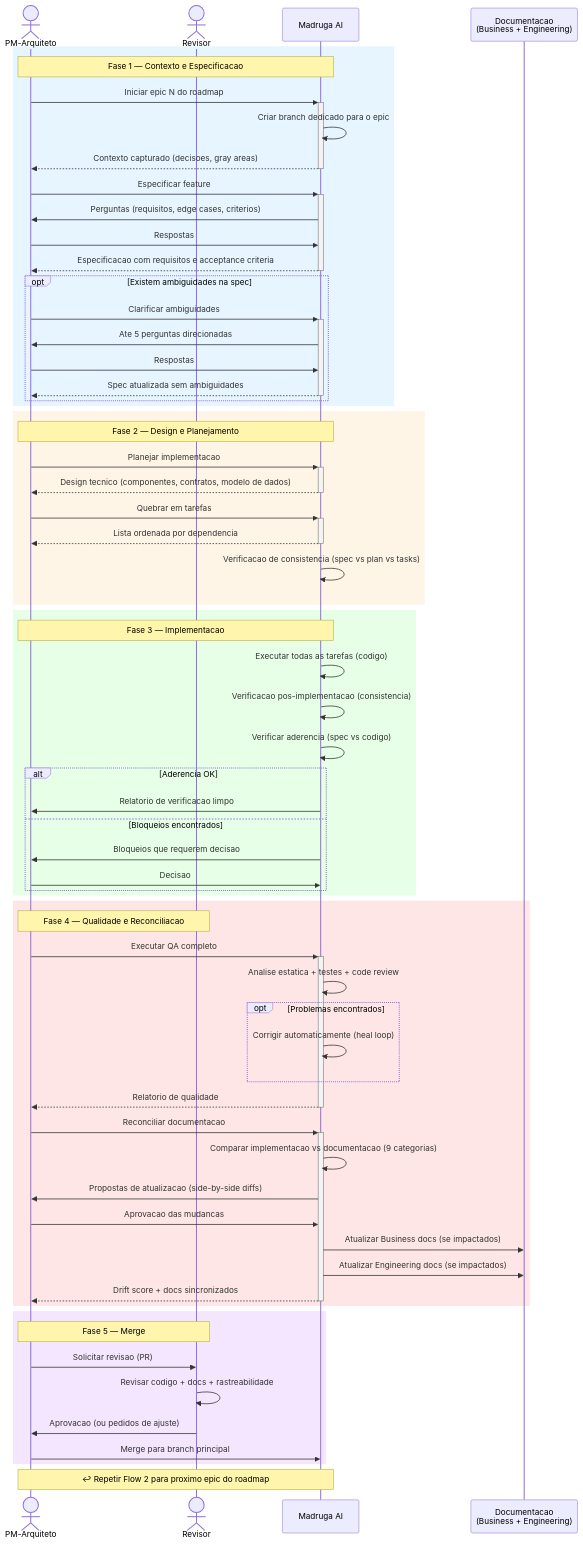
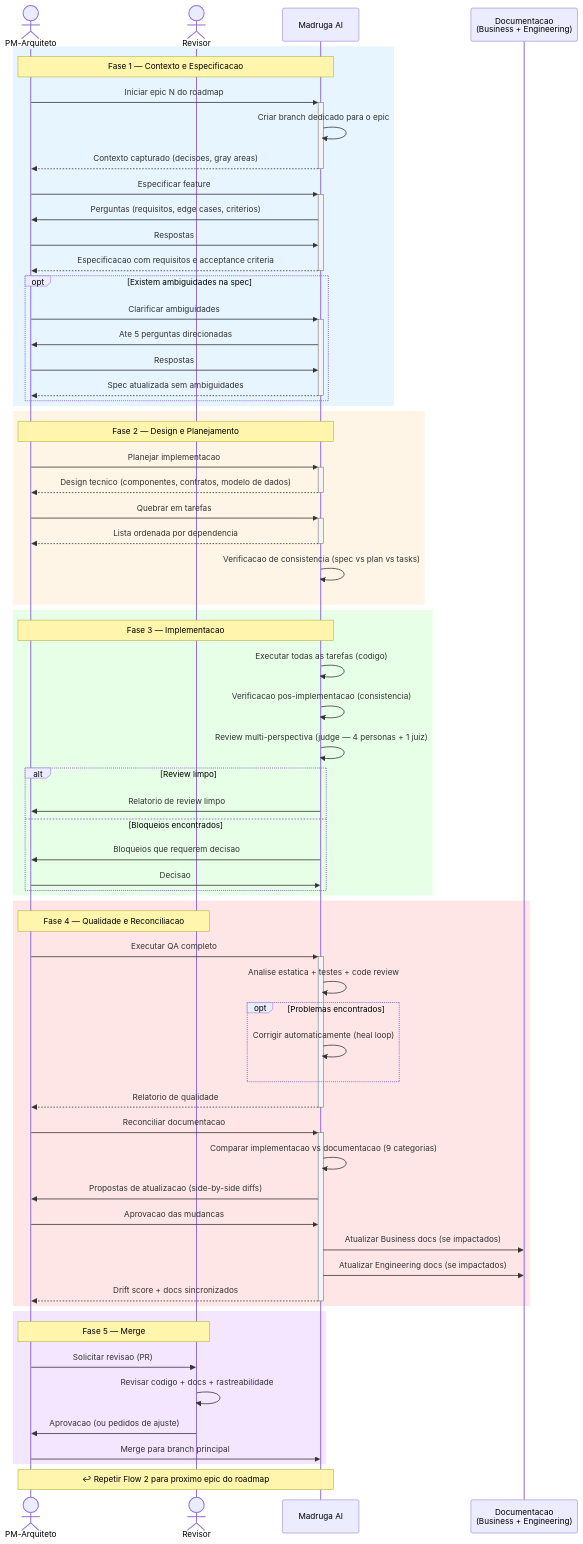
One commit to paceautomations/madruga.ai changed the fourth of 9 diagrams in platforms/madruga-ai/business/process.md. Above: the diagram before and after it, drawn with Mermaid. The commit also changed other lines of this file and 63 other files, not shown here.

````diff
--- a/platforms/madruga-ai/business/process.md
+++ b/platforms/madruga-ai/business/process.md
@@ -224,79 +224,79 @@
 ```mermaid
 sequenceDiagram
     actor PM as PM-Arquiteto
     actor Rev as Revisor
     participant Plataforma as Madruga AI
     participant Docs as Documentacao<br/>(Business + Engineering)
 
     rect rgb(230, 245, 255)
     note over PM, Plataforma: Fase 1 — Contexto e Especificacao
     PM->>+Plataforma: Iniciar epic N do roadmap
     Plataforma->>Plataforma: Criar branch dedicado para o epic
     Plataforma-->>-PM: Contexto capturado (decisoes, gray areas)
 
     PM->>+Plataforma: Especificar feature
     Plataforma->>PM: Perguntas (requisitos, edge cases, criterios)
     PM->>Plataforma: Respostas
     Plataforma-->>-PM: Especificacao com requisitos e acceptance criteria
 
     opt Existem ambiguidades na spec
         PM->>+Plataforma: Clarificar ambiguidades
         Plataforma->>PM: Ate 5 perguntas direcionadas
         PM->>Plataforma: Respostas
         Plataforma-->>-PM: Spec atualizada sem ambiguidades
     end
     end
 
     rect rgb(255, 245, 230)
     note over PM, Plataforma: Fase 2 — Design e Planejamento
     PM->>+Plataforma: Planejar implementacao
     Plataforma-->>-PM: Design tecnico (componentes, contratos, modelo de dados)
 
     PM->>+Plataforma: Quebrar em tarefas
     Plataforma-->>-PM: Lista ordenada por dependencia
 
     Plataforma->>Plataforma: Verificacao de consistencia (spec vs plan vs tasks)
     end
 
     rect rgb(230, 255, 230)
     note over PM, Plataforma: Fase 3 — Implementacao
     Plataforma->>Plataforma: Executar todas as tarefas (codigo)
     Plataforma->>Plataforma: Verificacao pos-implementacao (consistencia)
 
-    Plataforma->>Plataforma: Verificar aderencia (spec vs codigo)
-    alt Aderencia OK
-        Plataforma->>PM: Relatorio de verificacao limpo
+    Plataforma->>Plataforma: Review multi-perspectiva (judge — 4 personas + 1 juiz)
+    alt Review limpo
+        Plataforma->>PM: Relatorio de review limpo
     else Bloqueios encontrados
         Plataforma->>PM: Bloqueios que requerem decisao
         PM->>Plataforma: Decisao
     end
     end
 
     rect rgb(255, 230, 230)
     note over PM, Rev: Fase 4 — Qualidade e Reconciliacao
     PM->>+Plataforma: Executar QA completo
     Plataforma->>Plataforma: Analise estatica + testes + code review
     opt Problemas encontrados
         Plataforma->>Plataforma: Corrigir automaticamente (heal loop)
     end
     Plataforma-->>-PM: Relatorio de qualidade
 
     PM->>+Plataforma: Reconciliar documentacao
     Plataforma->>Plataforma: Comparar implementacao vs documentacao (9 categorias)
     Plataforma->>PM: Propostas de atualizacao (side-by-side diffs)
     PM->>Plataforma: Aprovacao das mudancas
     Plataforma->>Docs: Atualizar Business docs (se impactados)
     Plataforma->>Docs: Atualizar Engineering docs (se impactados)
     Plataforma-->>-PM: Drift score + docs sincronizados
     end
 
     rect rgb(245, 230, 255)
     note over PM, Rev: Fase 5 — Merge
     PM->>Rev: Solicitar revisao (PR)
     Rev->>Rev: Revisar codigo + docs + rastreabilidade
     Rev->>PM: Aprovacao (ou pedidos de ajuste)
     PM->>Plataforma: Merge para branch principal
     end
 
     note over PM, Plataforma: ↩ Repetir Flow 2 para proximo epic do roadmap
 ```
````
